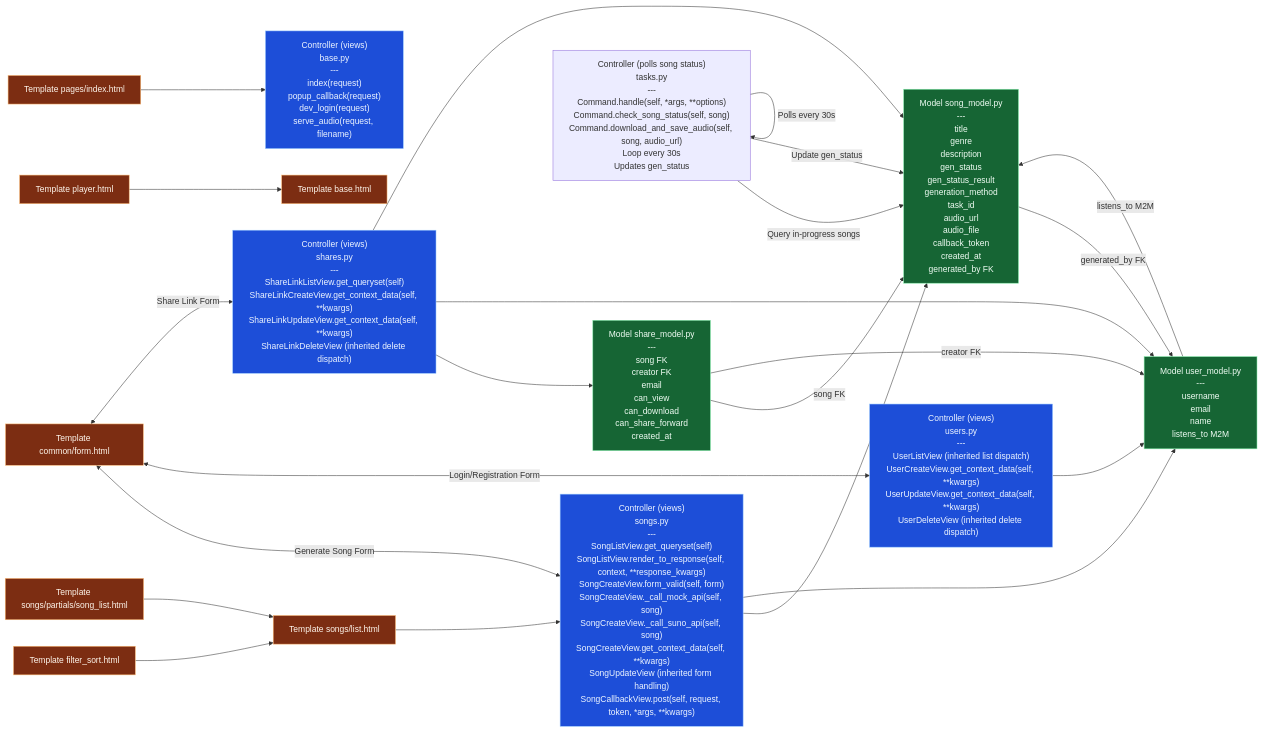
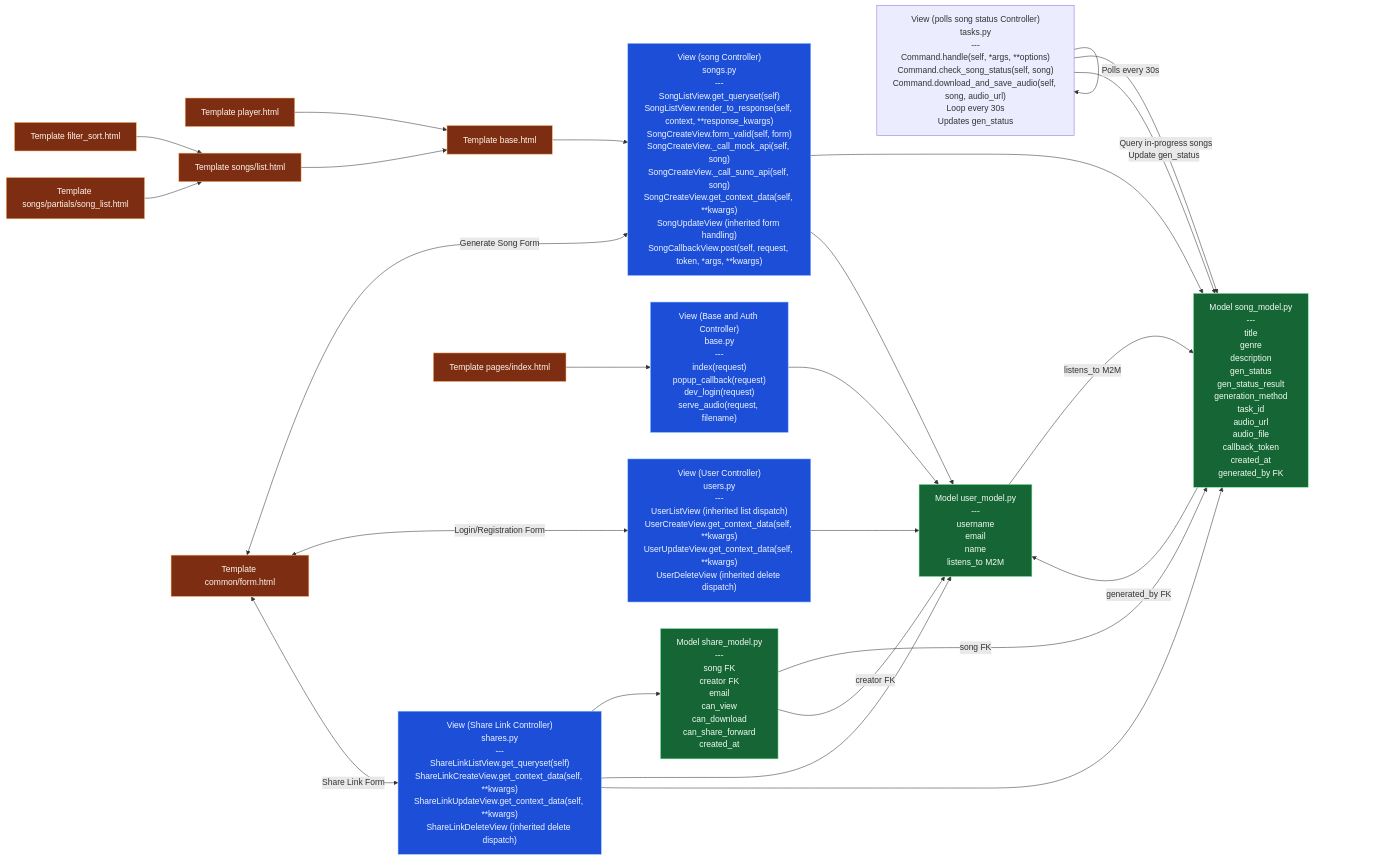
Before and after one commit to taamtera/musicprojectdjango: the first of 3 diagrams in README.md, drawn with Mermaid.

````diff
--- a/README.md
+++ b/README.md
@@ -76,63 +76,65 @@
 ```mermaid
 flowchart LR
 
-   %% View/Controller Layer
-   VB["Controller (views)<br/>base.py<br/>---<br/>index(request)<br/>popup_callback(request)<br/>dev_login(request)<br/>serve_audio(request, filename)"]
-   VS["Controller (views)<br/>songs.py<br/>---<br/>SongListView.get_queryset(self)<br/>SongListView.render_to_response(self, context, **response_kwargs)<br/>SongCreateView.form_valid(self, form)<br/>SongCreateView._call_mock_api(self, song)<br/>SongCreateView._call_suno_api(self, song)<br/>SongCreateView.get_context_data(self, **kwargs)<br/>SongUpdateView (inherited form handling)<br/>SongCallbackView.post(self, request, token, *args, **kwargs)"]
-   VU["Controller (views)<br/>users.py<br/>---<br/>UserListView (inherited list dispatch)<br/>UserCreateView.get_context_data(self, **kwargs)<br/>UserUpdateView.get_context_data(self, **kwargs)<br/>UserDeleteView (inherited delete dispatch)"]
-   VSH["Controller (views)<br/>shares.py<br/>---<br/>ShareLinkListView.get_queryset(self)<br/>ShareLinkCreateView.get_context_data(self, **kwargs)<br/>ShareLinkUpdateView.get_context_data(self, **kwargs)<br/>ShareLinkDeleteView (inherited delete dispatch)"]
-   VP["Controller (polls song status)<br/>tasks.py<br/>---<br/>Command.handle(self, *args, **options)<br/>Command.check_song_status(self, song)<br/>Command.download_and_save_audio(self, song, audio_url)<br/>Loop every 30s<br/>Updates gen_status"]
+   %% View/View Layer
+   VB["View (Base and Auth Controller)<br/>base.py<br/>---<br/>index(request)<br/>popup_callback(request)<br/>dev_login(request)<br/>serve_audio(request, filename)"]
+   VS["View (song Controller)<br/>songs.py<br/>---<br/>SongListView.get_queryset(self)<br/>SongListView.render_to_response(self, context, **response_kwargs)<br/>SongCreateView.form_valid(self, form)<br/>SongCreateView._call_mock_api(self, song)<br/>SongCreateView._call_suno_api(self, song)<br/>SongCreateView.get_context_data(self, **kwargs)<br/>SongUpdateView (inherited form handling)<br/>SongCallbackView.post(self, request, token, *args, **kwargs)"]
+   VU["View (User Controller)<br/>users.py<br/>---<br/>UserListView (inherited list dispatch)<br/>UserCreateView.get_context_data(self, **kwargs)<br/>UserUpdateView.get_context_data(self, **kwargs)<br/>UserDeleteView (inherited delete dispatch)"]
+   VSH["View (Share Link Controller)<br/>shares.py<br/>---<br/>ShareLinkListView.get_queryset(self)<br/>ShareLinkCreateView.get_context_data(self, **kwargs)<br/>ShareLinkUpdateView.get_context_data(self, **kwargs)<br/>ShareLinkDeleteView (inherited delete dispatch)"]
+   VP["View (polls song status Controller)<br/>tasks.py<br/>---<br/>Command.handle(self, *args, **options)<br/>Command.check_song_status(self, song)<br/>Command.download_and_save_audio(self, song, audio_url)<br/>Loop every 30s<br/>Updates gen_status"]
 
    %% Model Layer
    MU["Model user_model.py<br/>---<br/>username<br/>email<br/>name<br/>listens_to M2M"]
    MS["Model song_model.py<br/>---<br/>title<br/>genre<br/>description<br/>gen_status<br/>gen_status_result<br/>generation_method<br/>task_id<br/>audio_url<br/>audio_file<br/>callback_token<br/>created_at<br/>generated_by FK"]
    MSL["Model share_model.py<br/>---<br/>song FK<br/>creator FK<br/>email<br/>can_view<br/>can_download<br/>can_share_forward<br/>created_at"]
 
    %% Template Layer
    TB["Template base.html"]
    TP["Template player.html"]
    TF["Template filter_sort.html"]
    TL["Template songs/list.html"]
    TLP["Template songs/partials/song_list.html"]
    TFORM["Template common/form.html"]
    TINDEX["Template pages/index.html"]
 
    %% View to models
+   VB --> MU
    VS --> MS
    VS --> MU
    VU --> MU
    VSH --> MSL
    VSH --> MU
    VSH --> MS
    VP -->|Query in-progress songs| MS
    VP -->|Update gen_status| MS
    VP -->|Polls every 30s| VP
 
    %% Model relations
    MU -->|listens_to M2M| MS
    MS -->|generated_by FK| MU
    MSL -->|song FK| MS
    MSL -->|creator FK| MU
 
    %% Template to views
    TINDEX --> VB 
-   TL --> VS  
+   TB --> VS  
    TFORM <--> |Generate Song Form| VS 
    TFORM <--> |Login/Registration Form| VU 
    TFORM <--> |Share Link Form| VSH 
 
    %% Template composition
    TF --> TL
    TLP --> TL
    TP --> TB
+   TL --> TB  
 
    %% Color coding: M / V / T (+ routes)
    classDef route fill:#1f2937,stroke:#9ca3af,color:#f9fafb,stroke-width:1px;
    classDef view fill:#1d4ed8,stroke:#93c5fd,color:#eff6ff,stroke-width:1px;
    classDef model fill:#166534,stroke:#86efac,color:#f0fdf4,stroke-width:1px;
    classDef template fill:#7c2d12,stroke:#fdba74,color:#fff7ed,stroke-width:1px;
 
    class VB,VS,VU,VSH view;
    class MU,MS,MSL model;
    class TB,TP,TF,TL,TLP,TFORM,TINDEX template;
 ```
````
